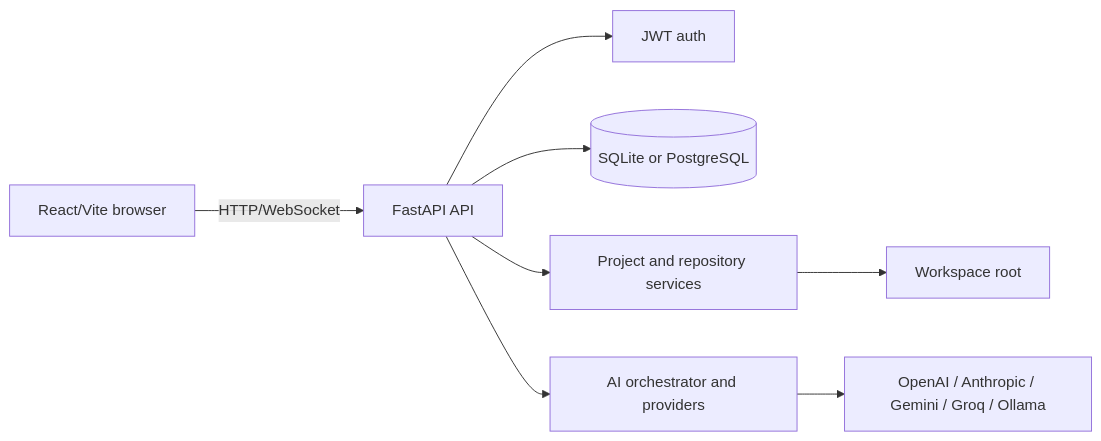
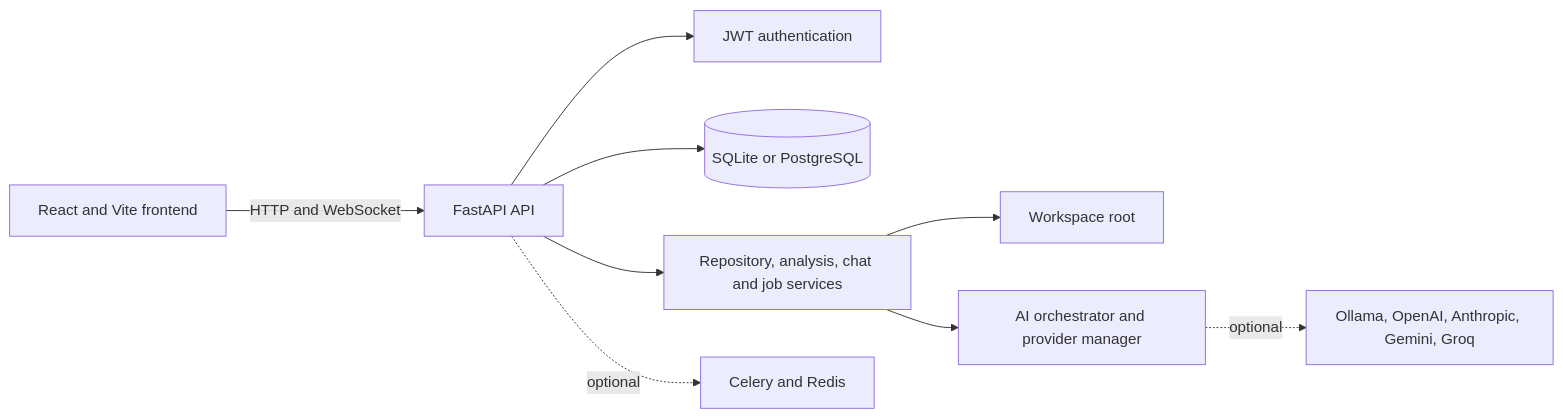
The diagram in README.md (Varshith0105/AgentForge), drawn with Mermaid before and after one commit. The commit also changed other lines of this file and 20 other files, not shown here.

Commit message:
docs: add verified browser screenshots and project showcase

````diff
--- a/README.md
+++ b/README.md
@@ -38,10 +62,11 @@
 ```mermaid
 flowchart LR
-  Browser[React/Vite browser] -->|HTTP/WebSocket| API[FastAPI API]
-  API --> Auth[JWT auth]
+  Browser[React and Vite frontend] -->|HTTP and WebSocket| API[FastAPI API]
+  API --> Auth[JWT authentication]
   API --> DB[(SQLite or PostgreSQL)]
-  API --> Projects[Project and repository services]
-  API --> AI[AI orchestrator and providers]
-  Projects --> Workspace[Workspace root]
-  AI --> Providers[OpenAI / Anthropic / Gemini / Groq / Ollama]
+  API --> Services[Repository, analysis, chat and job services]
+  Services --> Workspace[Workspace root]
+  Services --> AI[AI orchestrator and provider manager]
+  AI -. optional .-> Providers[Ollama, OpenAI, Anthropic, Gemini, Groq]
+  API -. optional .-> Celery[Celery and Redis]
 ```
````
